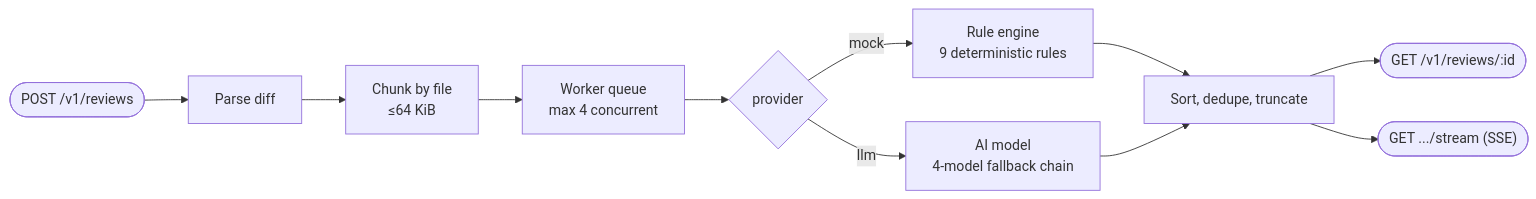
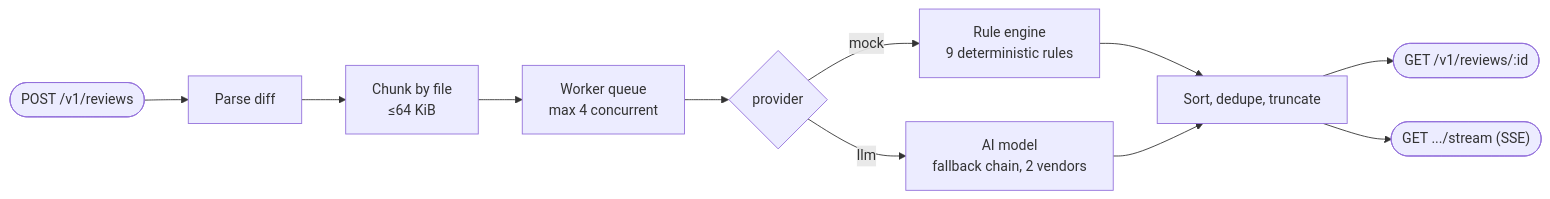
Before and after one commit to Eronaeeell/angelina-diff-review-service: the diagram in README.md, drawn with Mermaid. The commit also changed other lines of this file and 1 other file, not shown here.

````diff
--- a/README.md
+++ b/README.md
@@ -9,13 +9,13 @@
 ```mermaid
 flowchart LR
     A(["POST /v1/reviews"]) --> B["Parse diff"]
     B --> C["Chunk by file<br/>&le;64 KiB"]
     C --> D["Worker queue<br/>max 4 concurrent"]
     D --> E{"provider"}
     E -->|mock| F["Rule engine<br/>9 deterministic rules"]
-    E -->|llm| G["AI model<br/>4-model fallback chain"]
+    E -->|llm| G["AI model<br/>fallback chain, 2 vendors"]
     F --> H["Sort, dedupe, truncate"]
     G --> H
     H --> I(["GET /v1/reviews/:id"])
     H --> J(["GET .../stream (SSE)"])
 ```
````
